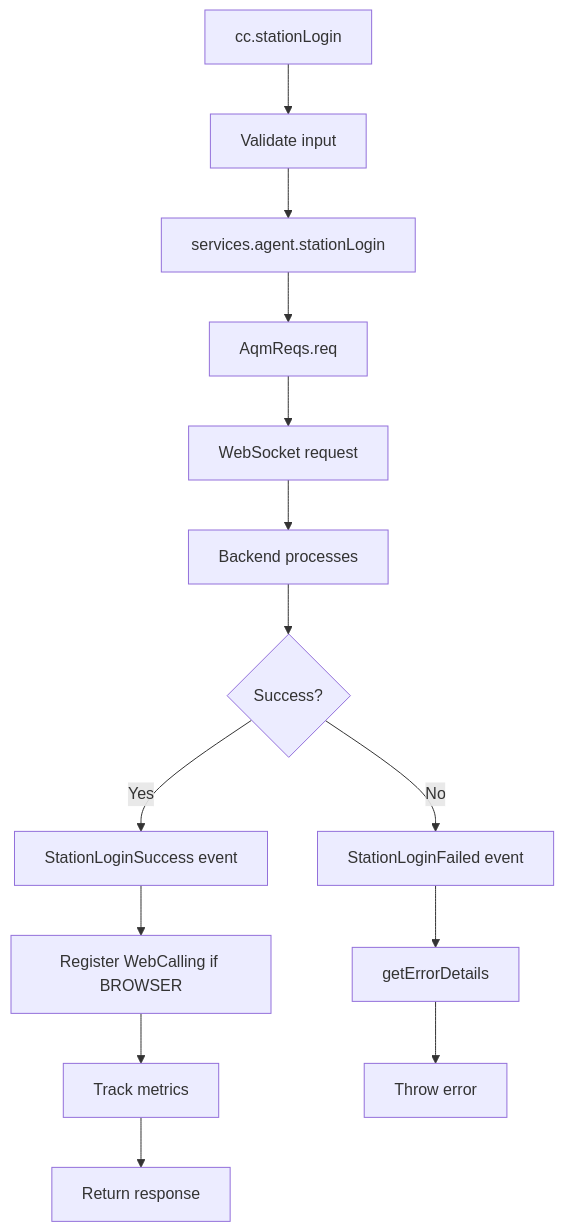
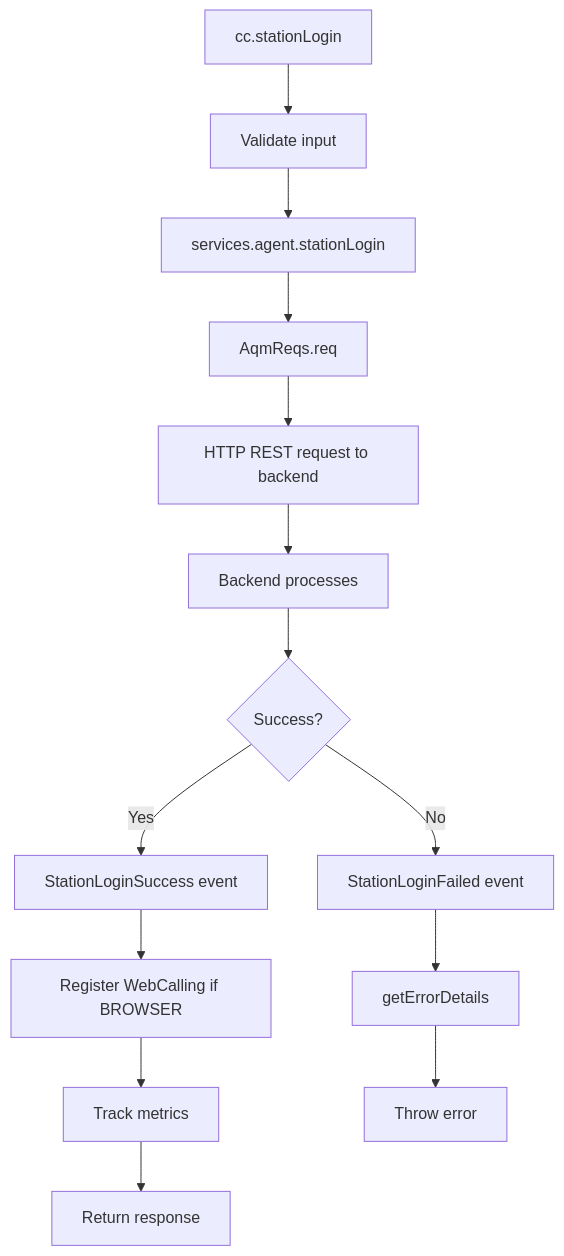
One commit to webex/webex-js-sdk changed the first of 5 diagrams in packages/@webex/contact-center/src/services/agent/ai-docs/ARCHITECTURE.md. Above: the diagram before and after it, drawn with Mermaid. The commit also changed other lines of this file and 1 other file, not shown here.

````diff
--- a/packages/@webex/contact-center/src/services/agent/ai-docs/ARCHITECTURE.md
+++ b/packages/@webex/contact-center/src/services/agent/ai-docs/ARCHITECTURE.md
@@ -64,16 +64,16 @@
 ```mermaid
 flowchart TD
     A[cc.stationLogin] --> B[Validate input]
     B --> C[services.agent.stationLogin]
     C --> D[AqmReqs.req]
-    D --> E[WebSocket request]
+    D --> E[HTTP REST request to backend]  
     E --> F[Backend processes]
     F --> G{Success?}
     G -->|Yes| H[StationLoginSuccess event]
     G -->|No| I[StationLoginFailed event]
     H --> J[Register WebCalling if BROWSER]
     J --> K[Track metrics]
     K --> L[Return response]
     I --> M[getErrorDetails]
     M --> N[Throw error]
 ```
````
